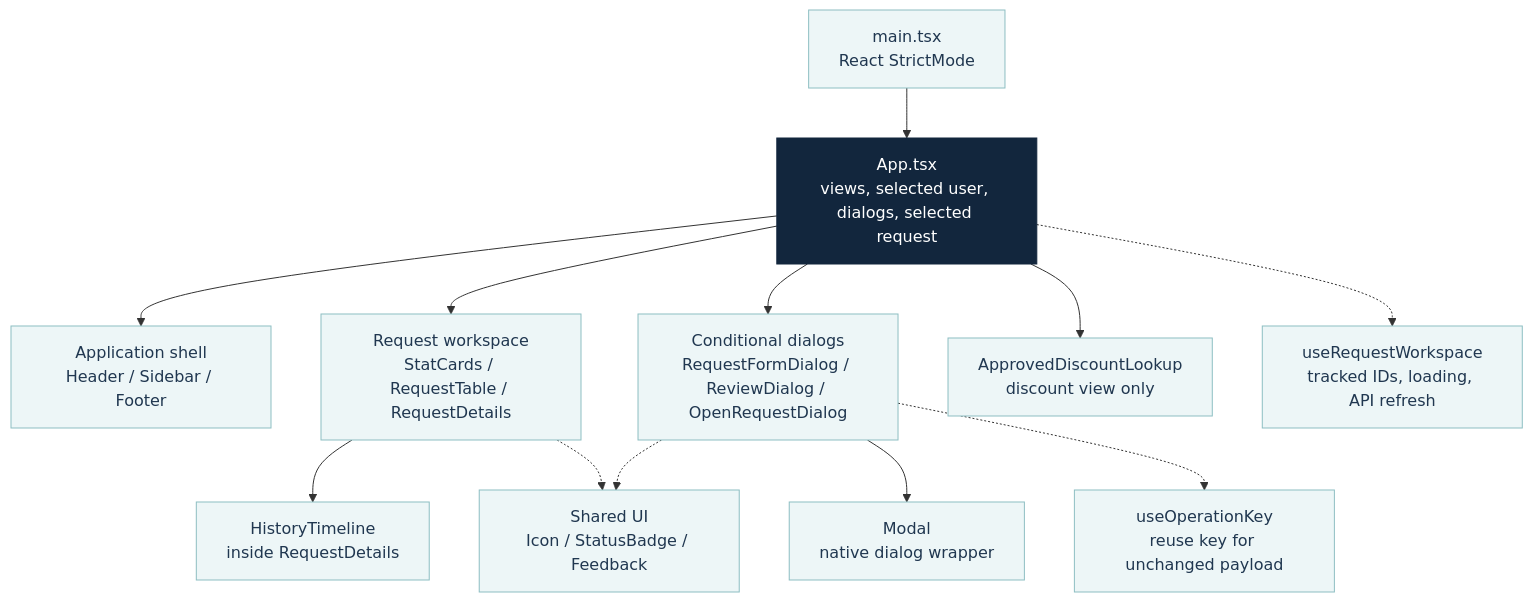
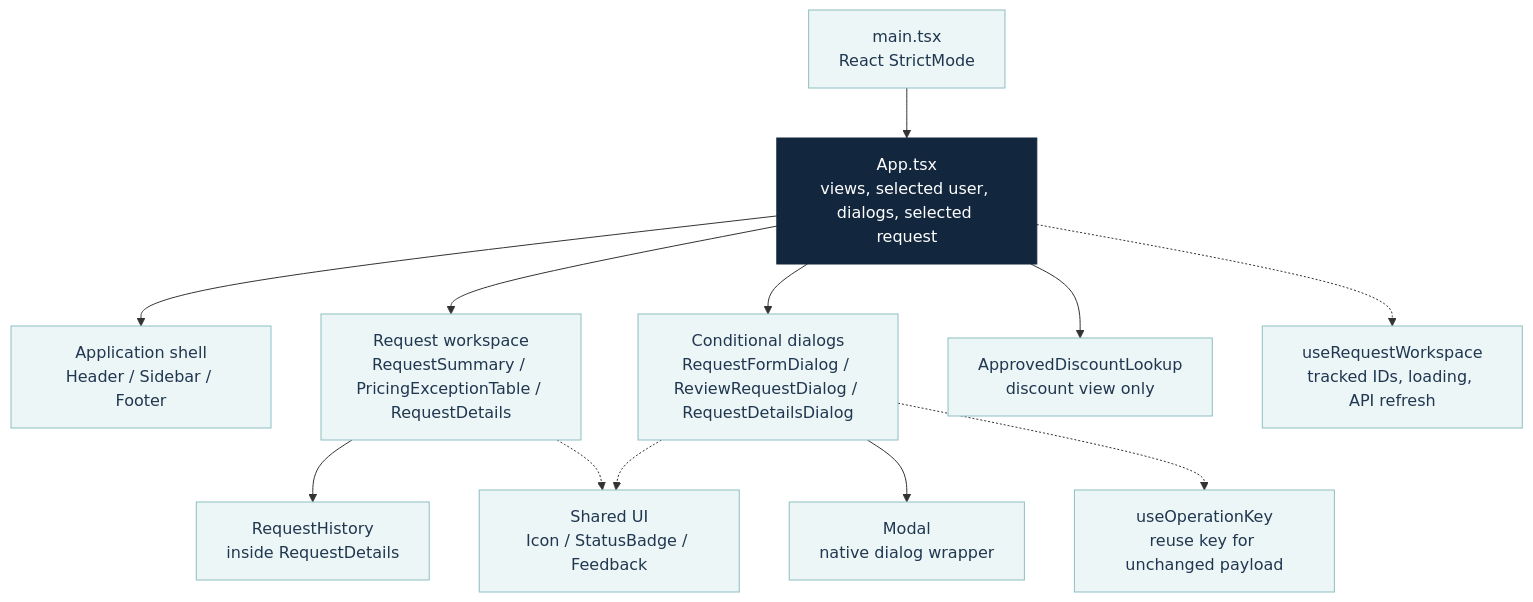
One commit to FerdinandGang4/Mortgage-pricing-exception-requests-Application changed the diagram in FrontEnd/Design/Components.mmd. Above: the diagram before and after it, drawn with Mermaid. The commit also changed 11 other files, not shown here.

Commit message:
Rename frontend components to match the pricing exception workflow

```diff
--- a/FrontEnd/Design/Components.mmd
+++ b/FrontEnd/Design/Components.mmd
@@ -1,15 +1,15 @@
 flowchart TB
     Entry["main.tsx<br/>React StrictMode"] --> App["App.tsx<br/>views, selected user, dialogs, selected request"]
     App --> Chrome["Application shell<br/>Header / Sidebar / Footer"]
-    App --> Workspace["Request workspace<br/>StatCards / RequestTable / RequestDetails"]
-    App --> Dialogs["Conditional dialogs<br/>RequestFormDialog / ReviewDialog / OpenRequestDialog"]
+    App --> Workspace["Request workspace<br/>RequestSummary / PricingExceptionTable / RequestDetails"]
+    App --> Dialogs["Conditional dialogs<br/>RequestFormDialog / ReviewRequestDialog / RequestDetailsDialog"]
     App --> Lookup["ApprovedDiscountLookup<br/>discount view only"]
-    Workspace --> History["HistoryTimeline<br/>inside RequestDetails"]
+    Workspace --> History["RequestHistory<br/>inside RequestDetails"]
     Dialogs --> Modal["Modal<br/>native dialog wrapper"]
     App -.-> Hook["useRequestWorkspace<br/>tracked IDs, loading, API refresh"]
     Dialogs -.-> Keys["useOperationKey<br/>reuse key for unchanged payload"]
     Workspace -.-> Shared["Shared UI<br/>Icon / StatusBadge / Feedback"]
     Dialogs -.-> Shared
     classDef root fill:#12263d,color:#fff,stroke:#12263d
     classDef default fill:#edf6f7,color:#203750,stroke:#8dbec2
     class App root
```
